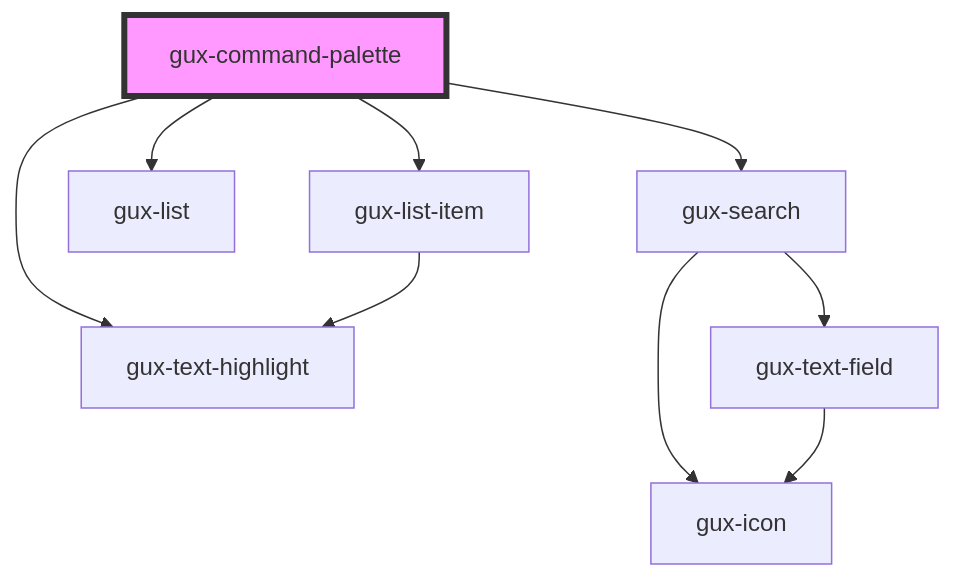
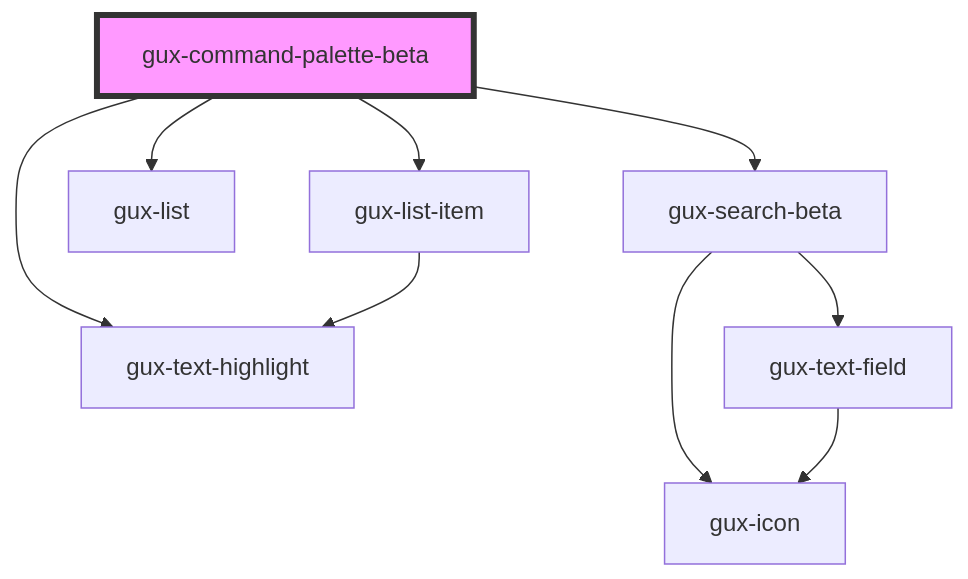
One commit to MyPureCloud/genesys-spark changed the diagram in src/components/beta/gux-command-palette/readme.md. Above: the diagram before and after it, drawn with Mermaid. The commit also changed other lines of this file and 93 other files, not shown here.

````diff
--- a/src/components/beta/gux-command-palette/readme.md
+++ b/src/components/beta/gux-command-palette/readme.md
@@ -60,12 +60,12 @@
 ```mermaid
 graph TD;
-  gux-command-palette --> gux-search
-  gux-command-palette --> gux-list
-  gux-command-palette --> gux-list-item
-  gux-command-palette --> gux-text-highlight
-  gux-search --> gux-text-field
-  gux-search --> gux-icon
+  gux-command-palette-beta --> gux-search-beta
+  gux-command-palette-beta --> gux-list
+  gux-command-palette-beta --> gux-list-item
+  gux-command-palette-beta --> gux-text-highlight
+  gux-search-beta --> gux-text-field
+  gux-search-beta --> gux-icon
   gux-text-field --> gux-icon
   gux-list-item --> gux-text-highlight
-  style gux-command-palette fill:#f9f,stroke:#333,stroke-width:4px
+  style gux-command-palette-beta fill:#f9f,stroke:#333,stroke-width:4px
 ```
````
